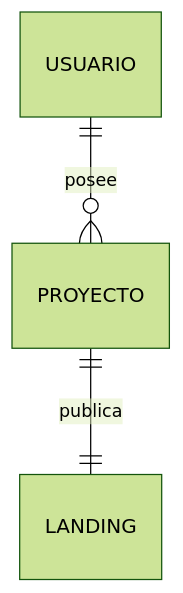
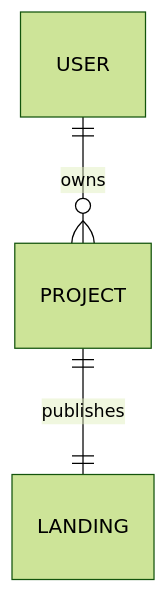
One commit to samosunaz/agent-skills changed the fifth of 5 diagrams in plugins/samuel/reference/mermaid-style.md. Above: the diagram before and after it, drawn with Mermaid (forest theme). The commit also changed other lines of this file and 9 other files, not shown here.

First line of the commit message:
docs: translate the diagram vocabulary and the last domain nouns

````diff
--- a/plugins/samuel/reference/mermaid-style.md
+++ b/plugins/samuel/reference/mermaid-style.md
@@ -174,5 +174,5 @@
 ```mermaid
 erDiagram
-    USUARIO ||--o{ PROYECTO : posee
-    PROYECTO ||--|| LANDING : publica
+    USER ||--o{ PROJECT : owns
+    PROJECT ||--|| LANDING : publishes
 ```
````
